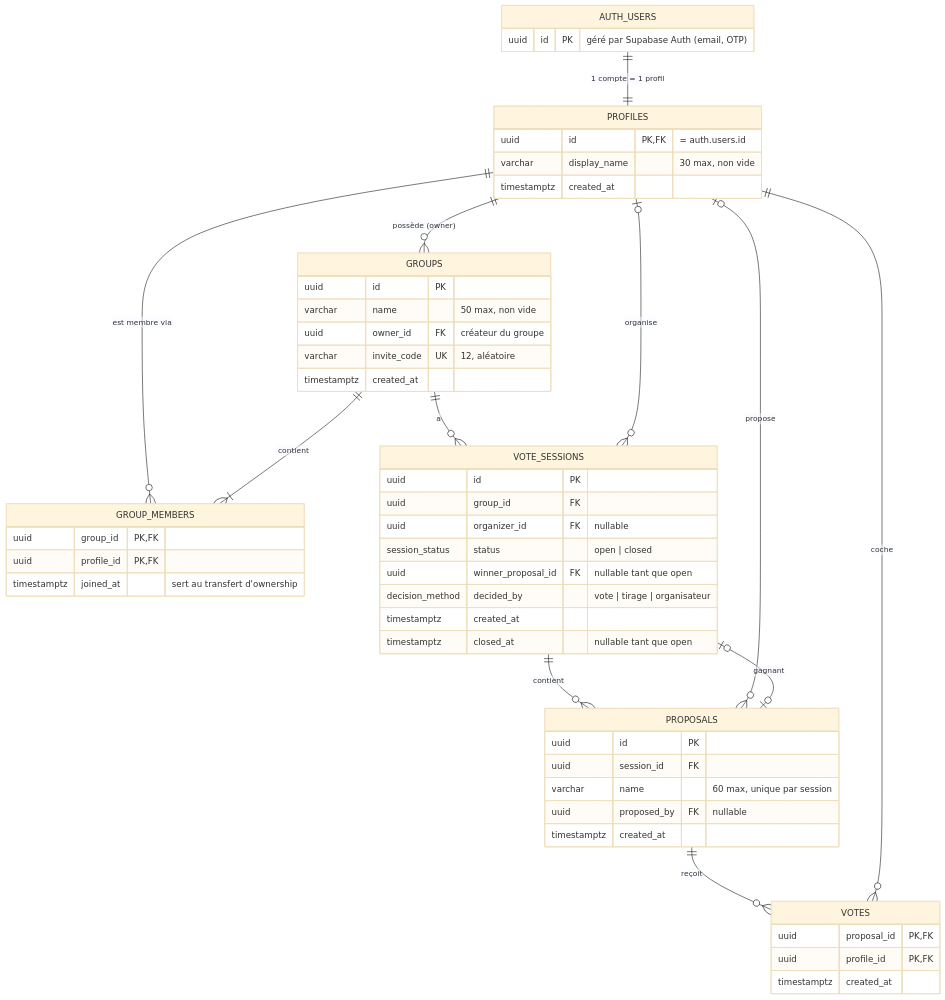
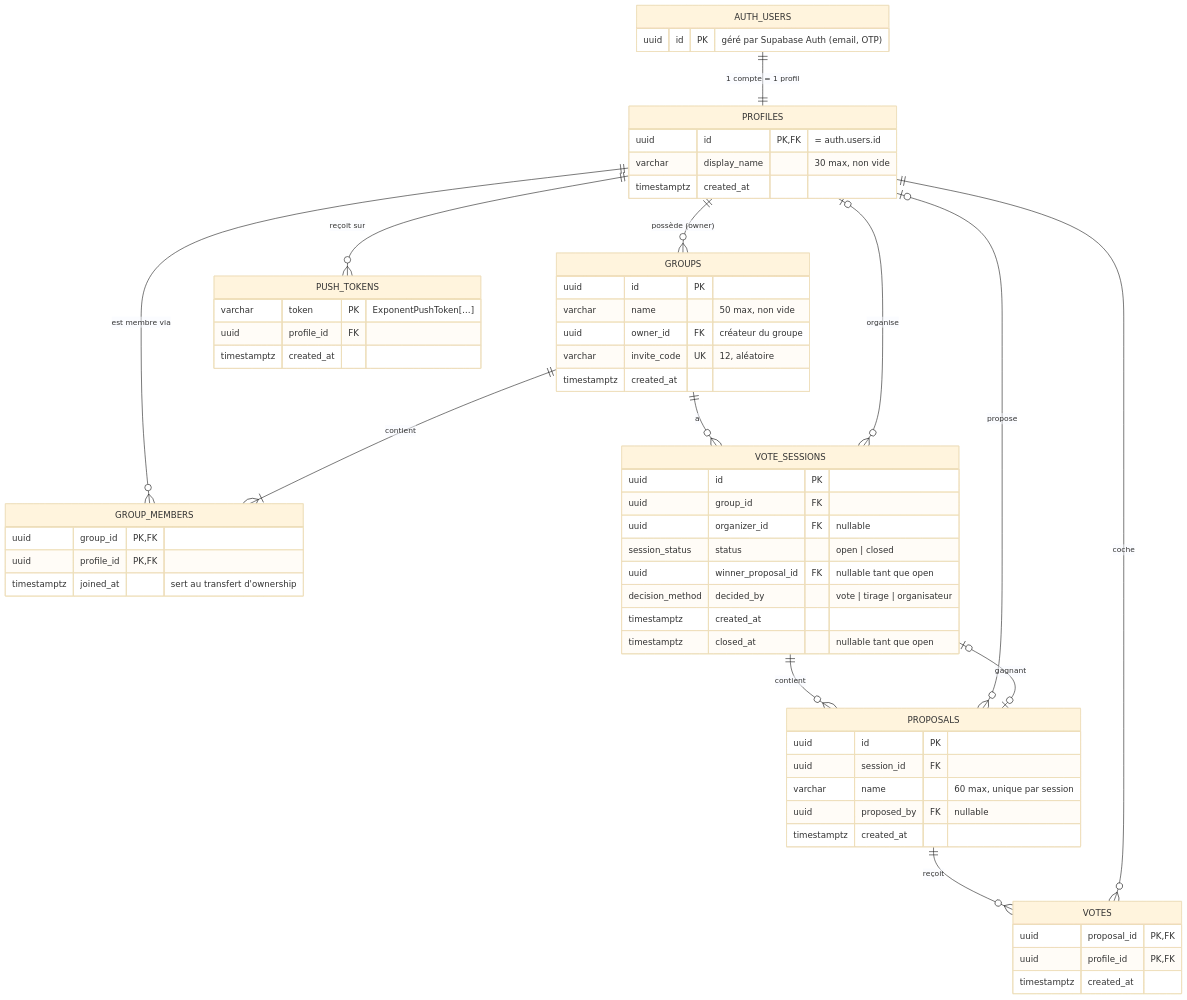
The diagram in docs/schema.md (BryanChn/on-mange-quoi), drawn with Mermaid (base theme) before and after one commit. The commit also changed other lines of this file and 2 other files, not shown here.

First line of the commit message:
feat(db): table push_tokens et register_push_token

````diff
--- a/docs/schema.md
+++ b/docs/schema.md
@@ -8,57 +8,63 @@
 ```mermaid
 erDiagram
     AUTH_USERS ||--|| PROFILES : "1 compte = 1 profil"
     PROFILES ||--o{ GROUPS : "possède (owner)"
     PROFILES ||--o{ GROUP_MEMBERS : "est membre via"
     GROUPS ||--|{ GROUP_MEMBERS : "contient"
     GROUPS ||--o{ VOTE_SESSIONS : "a"
     PROFILES |o--o{ VOTE_SESSIONS : "organise"
     VOTE_SESSIONS ||--o{ PROPOSALS : "contient"
     PROFILES |o--o{ PROPOSALS : "propose"
     VOTE_SESSIONS |o--o| PROPOSALS : "gagnant"
     PROPOSALS ||--o{ VOTES : "reçoit"
     PROFILES ||--o{ VOTES : "coche"
+    PROFILES ||--o{ PUSH_TOKENS : "reçoit sur"
 
     AUTH_USERS {
         uuid id PK "géré par Supabase Auth (email, OTP)"
     }
     PROFILES {
         uuid id PK, FK "= auth.users.id"
         varchar display_name "30 max, non vide"
         timestamptz created_at
     }
     GROUPS {
         uuid id PK
         varchar name "50 max, non vide"
         uuid owner_id FK "créateur du groupe"
         varchar invite_code UK "12, aléatoire"
         timestamptz created_at
     }
     GROUP_MEMBERS {
         uuid group_id PK, FK
         uuid profile_id PK, FK
         timestamptz joined_at "sert au transfert d'ownership"
     }
     VOTE_SESSIONS {
         uuid id PK
         uuid group_id FK
         uuid organizer_id FK "nullable"
         session_status status "open | closed"
         uuid winner_proposal_id FK "nullable tant que open"
         decision_method decided_by "vote | tirage | organisateur"
         timestamptz created_at
         timestamptz closed_at "nullable tant que open"
     }
     PROPOSALS {
         uuid id PK
         uuid session_id FK
         varchar name "60 max, unique par session"
         uuid proposed_by FK "nullable"
         timestamptz created_at
     }
     VOTES {
         uuid proposal_id PK, FK
         uuid profile_id PK, FK
         timestamptz created_at
     }
+    PUSH_TOKENS {
+        varchar token PK "ExponentPushToken[…]"
+        uuid profile_id FK
+        timestamptz created_at
+    }
 ```
````
